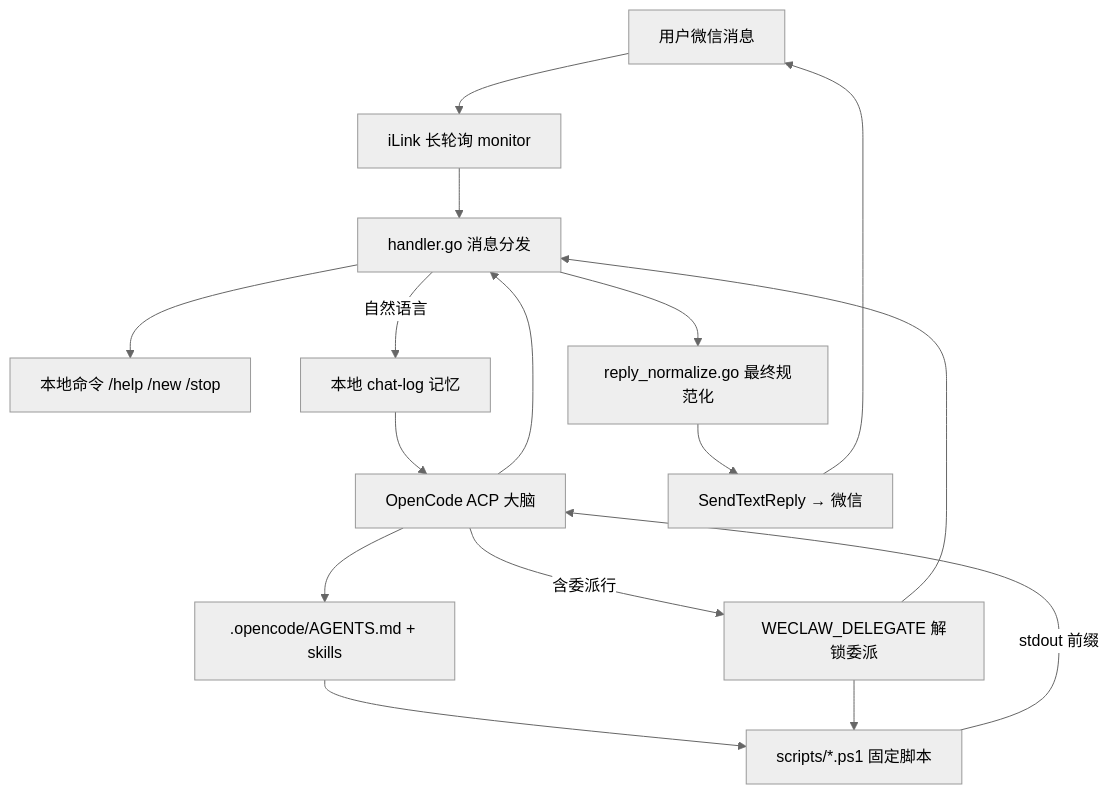
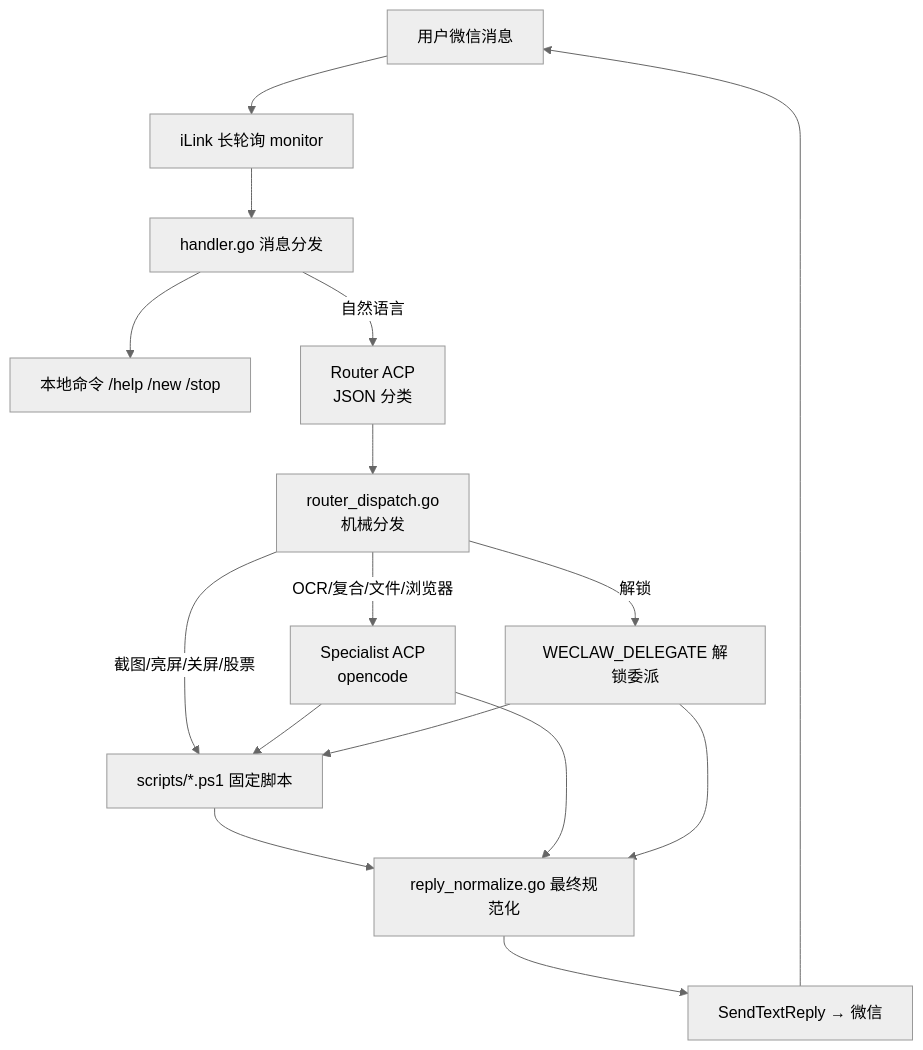
The first of 2 diagrams in docs/架构说明.md (leehu546-cyber/wechat-pc-remote), drawn with Mermaid (neutral theme) before and after one commit. The commit also changed other lines of this file and 4 other files, not shown here.

First line of the commit message:
配置 Plan A 两阶段 Router：init 增加 agents.router

````diff
--- a/docs/架构说明.md
+++ b/docs/架构说明.md
@@ -11,25 +11,25 @@
 ```mermaid
 flowchart TB
     WX[用户微信消息]
     IL[iLink 长轮询 monitor]
     H[handler.go 消息分发]
     CMD[本地命令 /help /new /stop]
-    MEM[本地 chat-log 记忆]
-    ACP[OpenCode ACP 大脑]
-    SK[.opencode/AGENTS.md + skills]
+    RT[Router ACP<br/>JSON 分类]
+    DISP[router_dispatch.go<br/>机械分发]
     PS[scripts/*.ps1 固定脚本]
+    SP[Specialist ACP<br/>opencode]
     DEL[WECLAW_DELEGATE 解锁委派]
     NORM[reply_normalize.go 最终规范化]
     SEND[SendTextReply → 微信]
 
     WX --> IL --> H
     H --> CMD
-    H -->|自然语言| MEM --> ACP
-    ACP --> SK --> PS
-    PS -->|stdout 前缀| ACP
-    ACP -->|含委派行| DEL
-    DEL --> PS
-    ACP --> H
-    DEL --> H
-    H --> NORM --> SEND --> WX
+    H -->|自然语言| RT --> DISP
+    DISP -->|截图/亮屏/关屏/股票| PS
+    DISP -->|OCR/复合/文件/浏览器| SP --> PS
+    DISP -->|解锁| DEL --> PS
+    PS --> NORM
+    SP --> NORM
+    DEL --> NORM
+    NORM --> SEND --> WX
 ```
````
